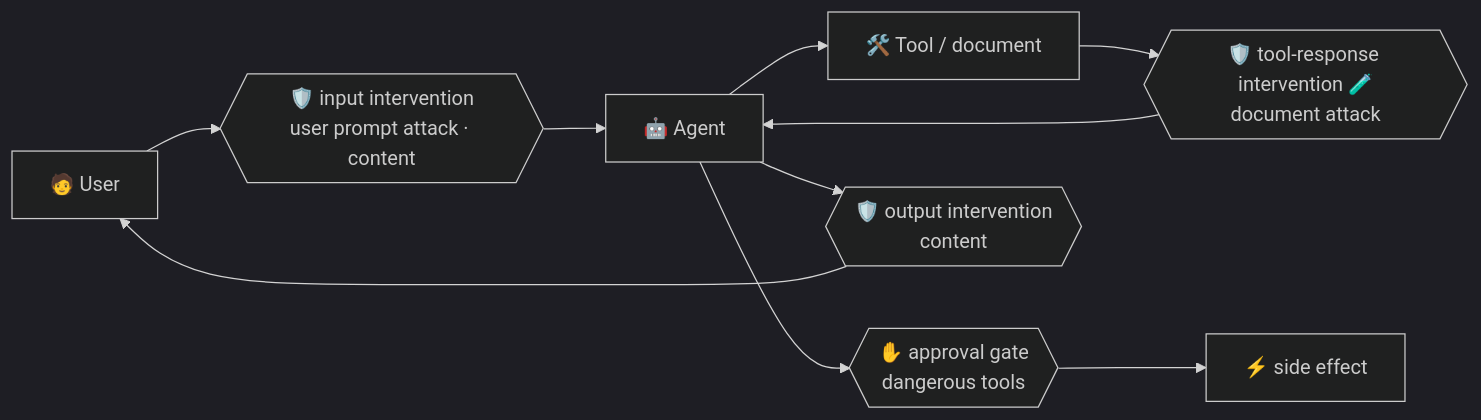
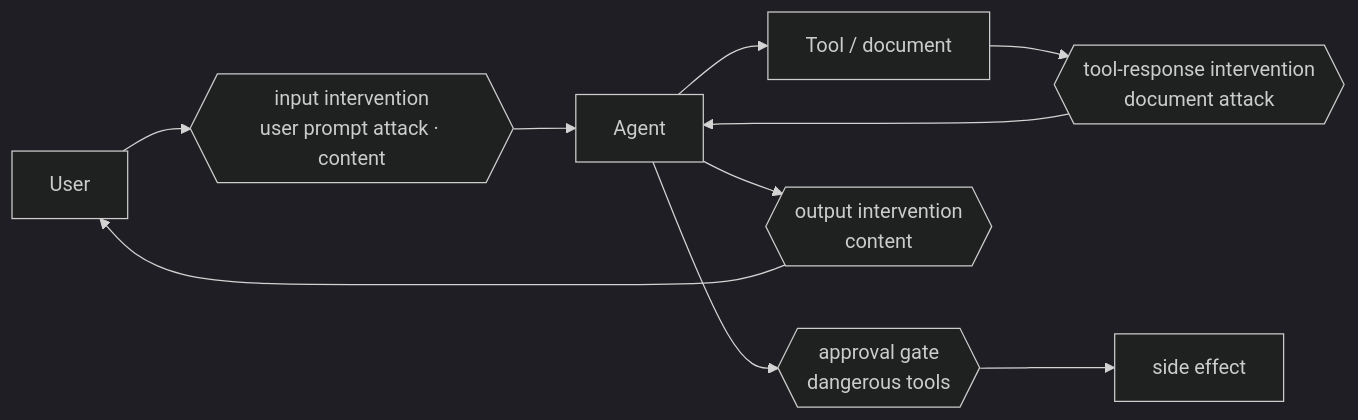
Before and after one commit to nampacx/MS-Foundry-from-0-to-hero: the diagram in docs/guardrails.md, drawn with Mermaid (dark theme). The commit also changed other lines of this file and 37 other files, not shown here.

````diff
--- a/docs/guardrails.md
+++ b/docs/guardrails.md
@@ -19,12 +19,12 @@
 ```mermaid
 flowchart LR
-  U[🧑 User] --> IN{{🛡️ input intervention<br/>user prompt attack · content}}
-  IN --> AG[🤖 Agent]
-  AG --> T[🛠️ Tool / document]
-  T --> TR{{🛡️ tool-response intervention 🧪<br/>document attack}}
+  U[User] --> IN{{input intervention<br/>user prompt attack · content}}
+  IN --> AG[Agent]
+  AG --> T[Tool / document]
+  T --> TR{{tool-response intervention<br/>document attack}}
   TR --> AG
-  AG --> GATE{{✋ approval gate<br/>dangerous tools}}
-  GATE --> ACT[⚡ side effect]
-  AG --> OUT{{🛡️ output intervention<br/>content}}
+  AG --> GATE{{approval gate<br/>dangerous tools}}
+  GATE --> ACT[side effect]
+  AG --> OUT{{output intervention<br/>content}}
   OUT --> U
 ```
````
